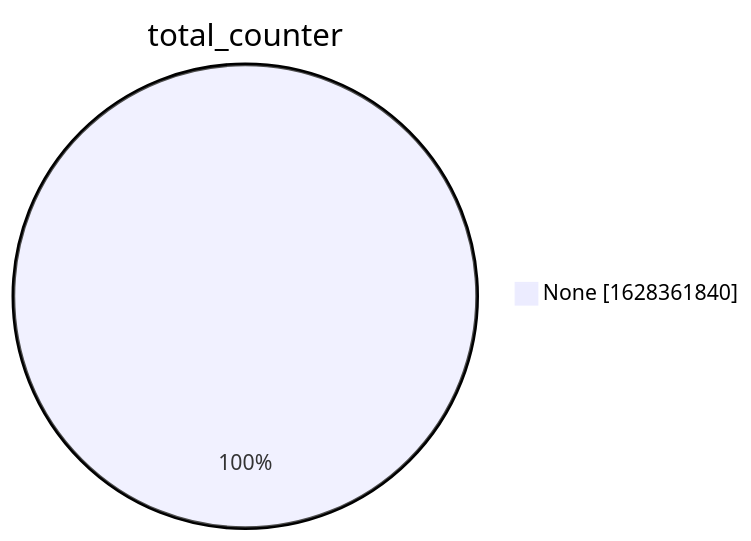
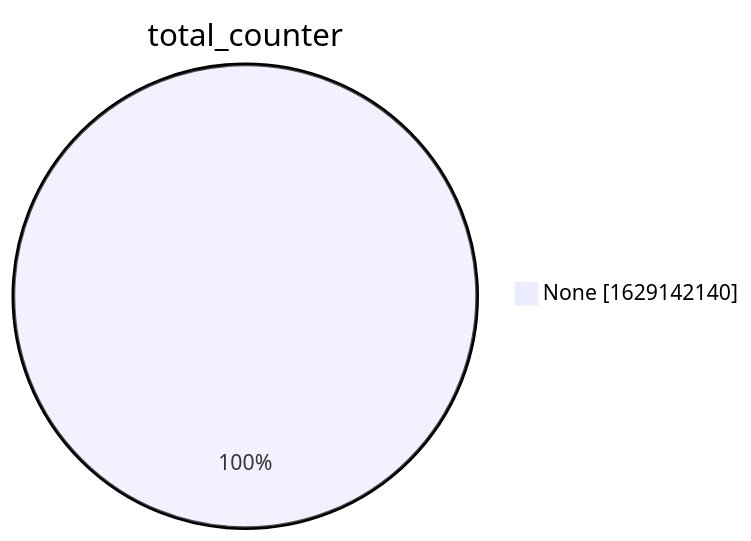
Before and after one commit to christiankrug/ctmonitor_visualization: the second of 15 diagrams in xenon2022/README.md, drawn with Mermaid. The commit also changed other lines of this file, not shown here.

````diff
--- a/xenon2022/README.md
+++ b/xenon2022/README.md
@@ -9,5 +9,5 @@
 ```mermaid
 pie showData
 title total_counter
-"None" :1628361840
+"None" :1629142140
 ```
````
